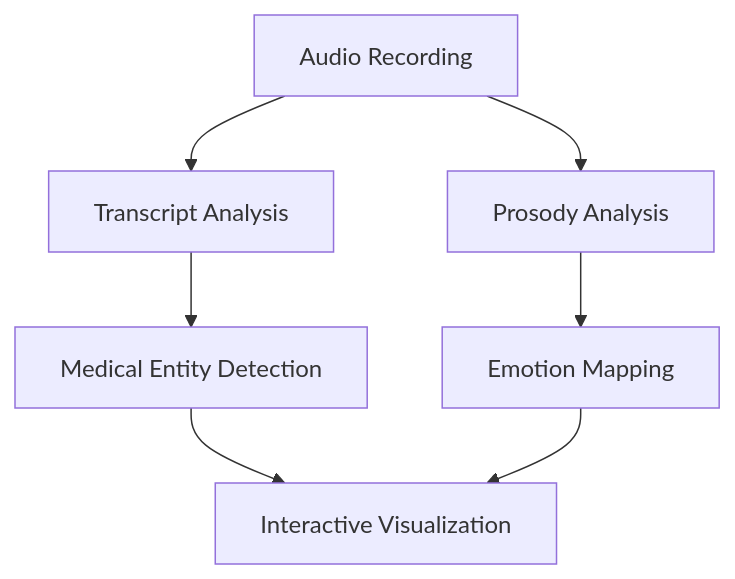
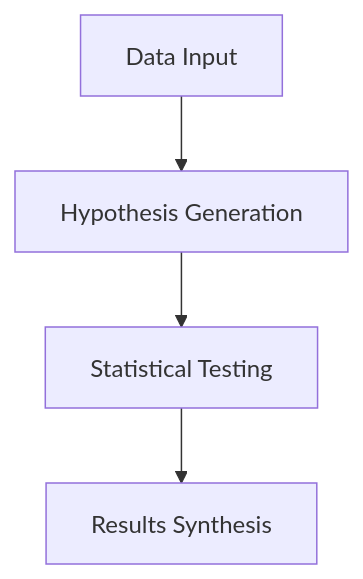
Before and after one commit to gramener/hypoforge: the diagram in README.md, drawn with Mermaid. The commit also changed other lines of this file, not shown here.

````diff
--- a/README.md
+++ b/README.md
@@ -9,9 +9,6 @@
 ```mermaid
 flowchart TD
-    A[Audio Recording] --> B[Transcript Analysis]
-    A --> C[Prosody Analysis]
-    B --> D[Medical Entity Detection]
-    C --> E[Emotion Mapping]
-    D --> F[Interactive Visualization]
-    E --> F
+    A[Data Input] --> B[Hypothesis Generation]
+    B --> C[Statistical Testing]
+    C --> D[Results Synthesis]
 ```
````
